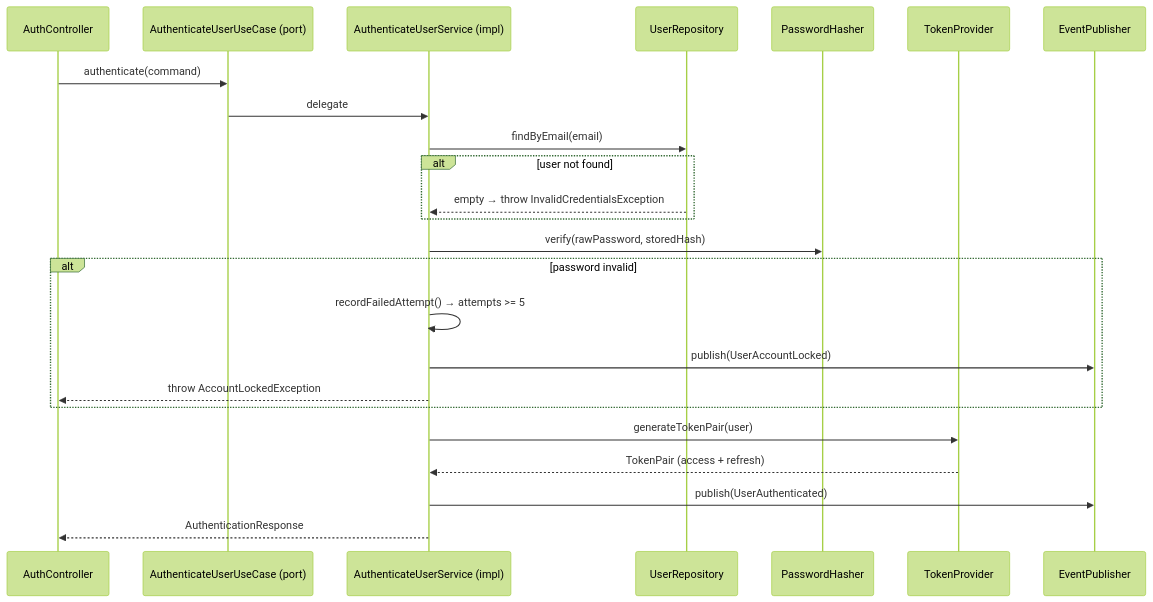
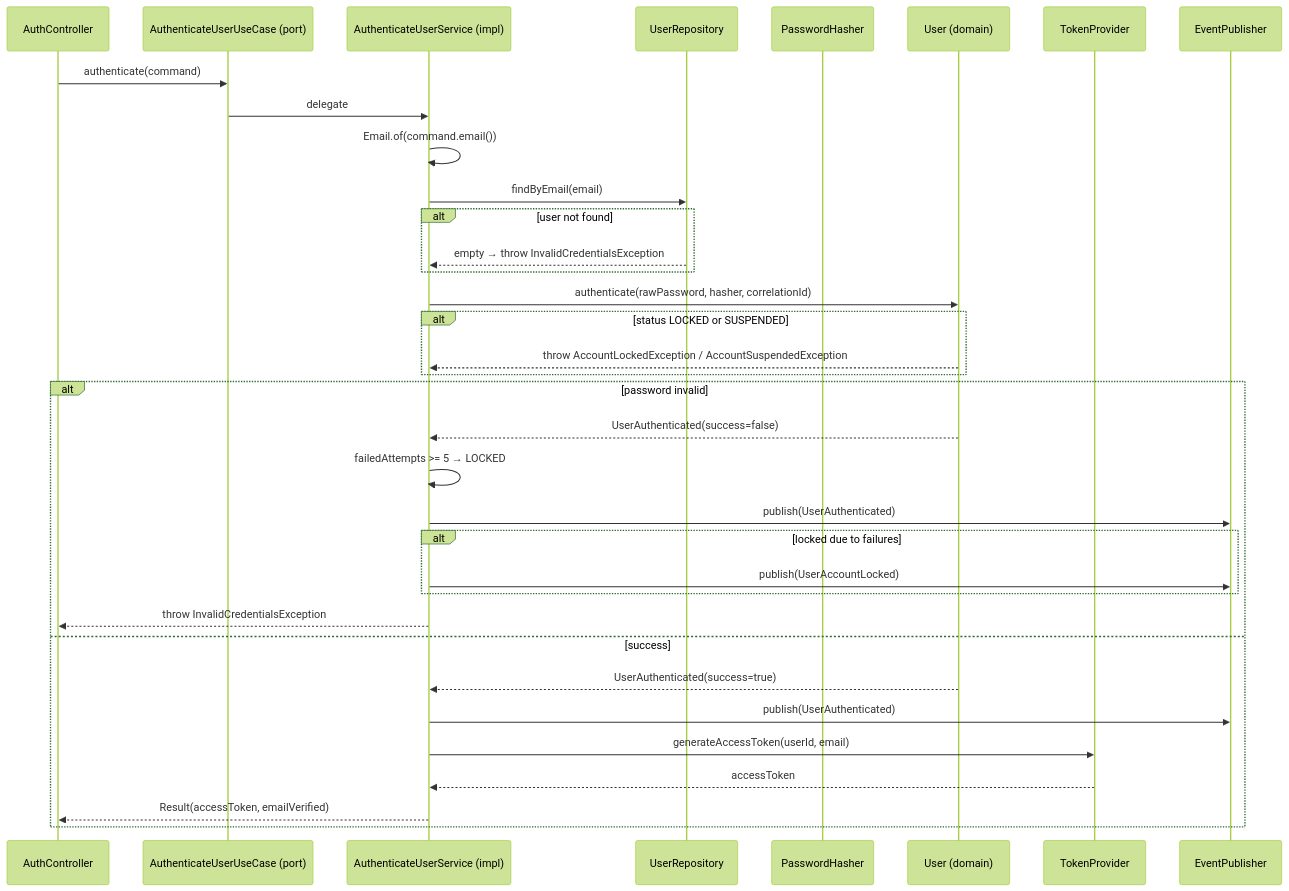
Before and after one commit to AlexAlvarezGallardo-GitHub/Aegis: the diagram in docs/obsidian/04 - Ports/inbound/AuthenticateUserUseCase.md, drawn with Mermaid (forest theme). The commit also changed other lines of this file and 87 other files, not shown here.

````diff
--- a/docs/obsidian/04 - Ports/inbound/AuthenticateUserUseCase.md
+++ b/docs/obsidian/04 - Ports/inbound/AuthenticateUserUseCase.md
@@ -14,27 +14,38 @@
 ```mermaid
 sequenceDiagram
     participant Ctrl as AuthController
     participant Port as AuthenticateUserUseCase (port)
     participant Svc as AuthenticateUserService (impl)
     participant Repo as UserRepository
     participant Hasher as PasswordHasher
+    participant User as User (domain)
     participant Tokens as TokenProvider
     participant Event as EventPublisher
 
     Ctrl->>Port: authenticate(command)
     Port->>Svc: delegate
+    Svc->>Svc: Email.of(command.email())
     Svc->>Repo: findByEmail(email)
     alt user not found
         Repo-->>Svc: empty → throw InvalidCredentialsException
     end
-    Svc->>Hasher: verify(rawPassword, storedHash)
+    Svc->>User: authenticate(rawPassword, hasher, correlationId)
+    alt status LOCKED or SUSPENDED
+        User-->>Svc: throw AccountLockedException / AccountSuspendedException
+    end
     alt password invalid
-        Svc->>Svc: recordFailedAttempt() → attempts >= 5
-        Svc->>Event: publish(UserAccountLocked)
-        Svc-->>Ctrl: throw AccountLockedException
+        User-->>Svc: UserAuthenticated(success=false)
+        Svc->>Svc: failedAttempts >= 5 → LOCKED
+        Svc->>Event: publish(UserAuthenticated)
+        alt locked due to failures
+            Svc->>Event: publish(UserAccountLocked)
+        end
+        Svc-->>Ctrl: throw InvalidCredentialsException
+    else success
+        User-->>Svc: UserAuthenticated(success=true)
+        Svc->>Event: publish(UserAuthenticated)
+        Svc->>Tokens: generateAccessToken(userId, email)
+        Tokens-->>Svc: accessToken
+        Svc-->>Ctrl: Result(accessToken, emailVerified)
     end
-    Svc->>Tokens: generateTokenPair(user)
-    Tokens-->>Svc: TokenPair (access + refresh)
-    Svc->>Event: publish(UserAuthenticated)
-    Svc-->>Ctrl: AuthenticationResponse
 ```
````
